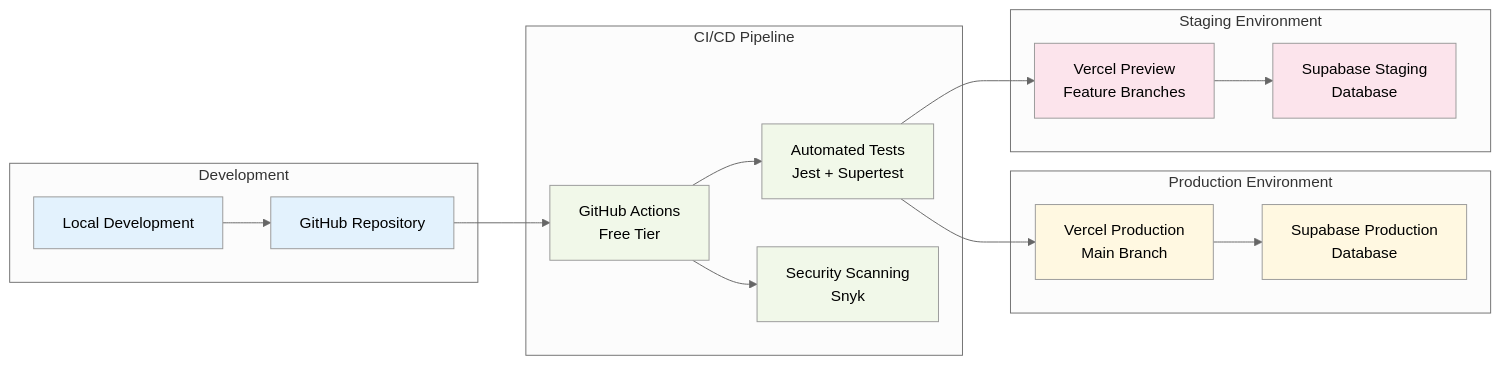
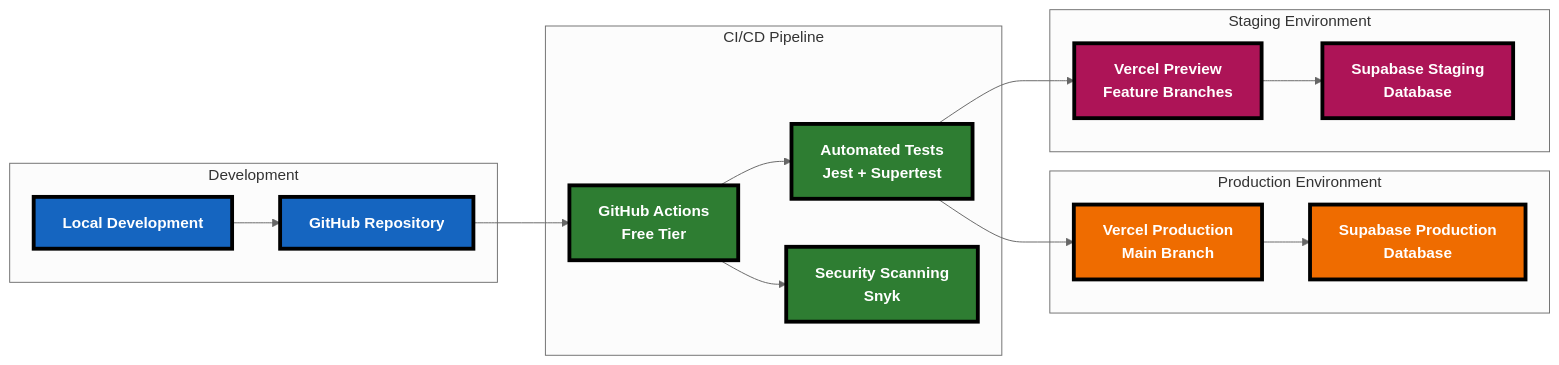
The third of 4 diagrams in docs/architecture/diagrams/system-architecture.md (michchan/project-authenti-idp), drawn with Mermaid (neutral theme) before and after one commit. The commit also changed other lines of this file and 22 other files, not shown here.

Commit message:
Review agent’s plan for architecture / and further on ux design

````diff
--- a/docs/architecture/diagrams/system-architecture.md
+++ b/docs/architecture/diagrams/system-architecture.md
@@ -140,44 +282,44 @@
 ```mermaid
 graph LR
     subgraph "Development"
         DevRepo[GitHub Repository]
         DevEnv[Local Development]
     end
     
     subgraph "CI/CD Pipeline"
         GHActions[GitHub Actions<br/>Free Tier]
         Tests[Automated Tests<br/>Jest + Supertest]
         Security[Security Scanning<br/>Snyk]
     end
     
     subgraph "Production Environment"
         VercelProd[Vercel Production<br/>Main Branch]
         SupabaseProd[Supabase Production<br/>Database]
     end
     
     subgraph "Staging Environment"
         VercelStaging[Vercel Preview<br/>Feature Branches]
         SupabaseStaging[Supabase Staging<br/>Database]
     end
     
     DevRepo --> GHActions
     DevEnv --> DevRepo
     GHActions --> Tests
     GHActions --> Security
     Tests --> VercelProd
     Tests --> VercelStaging
     
     VercelProd --> SupabaseProd
     VercelStaging --> SupabaseStaging
     
-    %% Styling
-    classDef dev fill:#e3f2fd
-    classDef cicd fill:#f1f8e9
-    classDef prod fill:#fff8e1
-    classDef staging fill:#fce4ec
+    %% High-contrast styling with thicker borders
+    classDef dev fill:#1565C0,stroke:#000000,stroke-width:4px,color:#FFFFFF,font-weight:bold
+    classDef cicd fill:#2E7D32,stroke:#000000,stroke-width:4px,color:#FFFFFF,font-weight:bold
+    classDef prod fill:#EF6C00,stroke:#000000,stroke-width:4px,color:#FFFFFF,font-weight:bold
+    classDef staging fill:#AD1457,stroke:#000000,stroke-width:4px,color:#FFFFFF,font-weight:bold
     
     class DevRepo,DevEnv dev
     class GHActions,Tests,Security cicd
     class VercelProd,SupabaseProd prod
     class VercelStaging,SupabaseStaging staging
 ```
````
